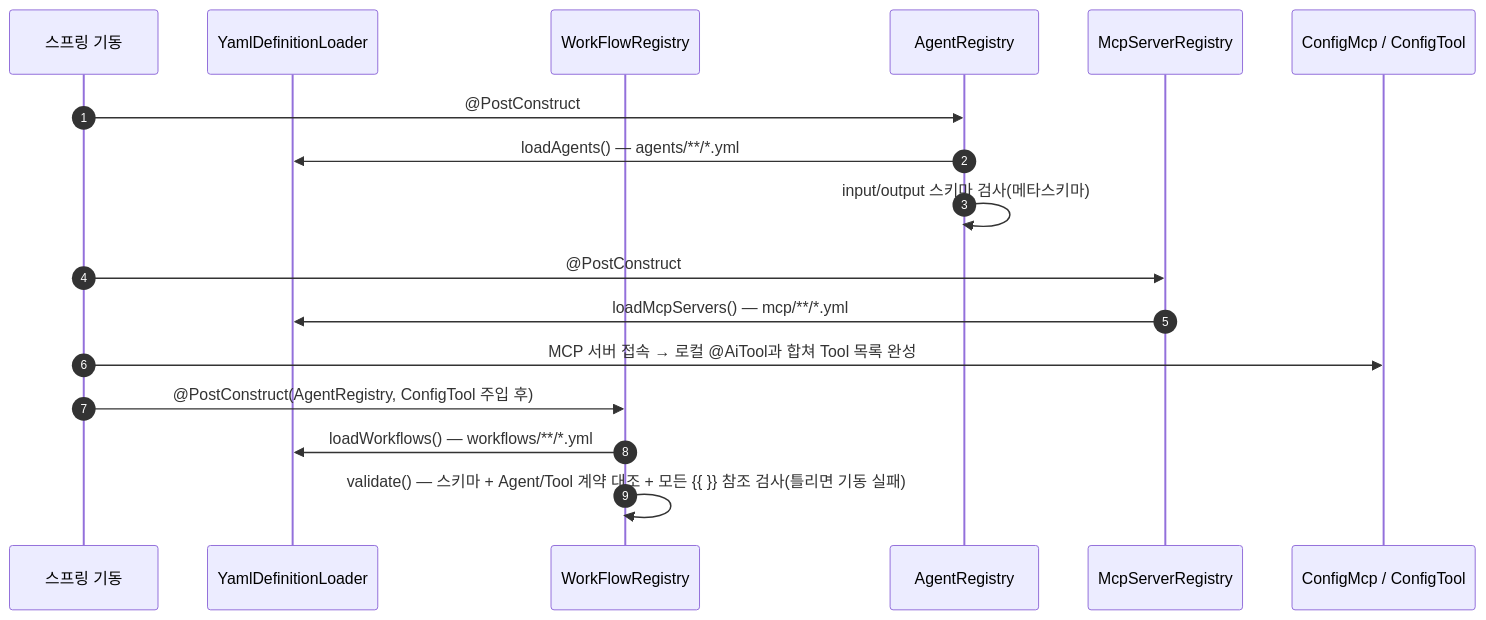
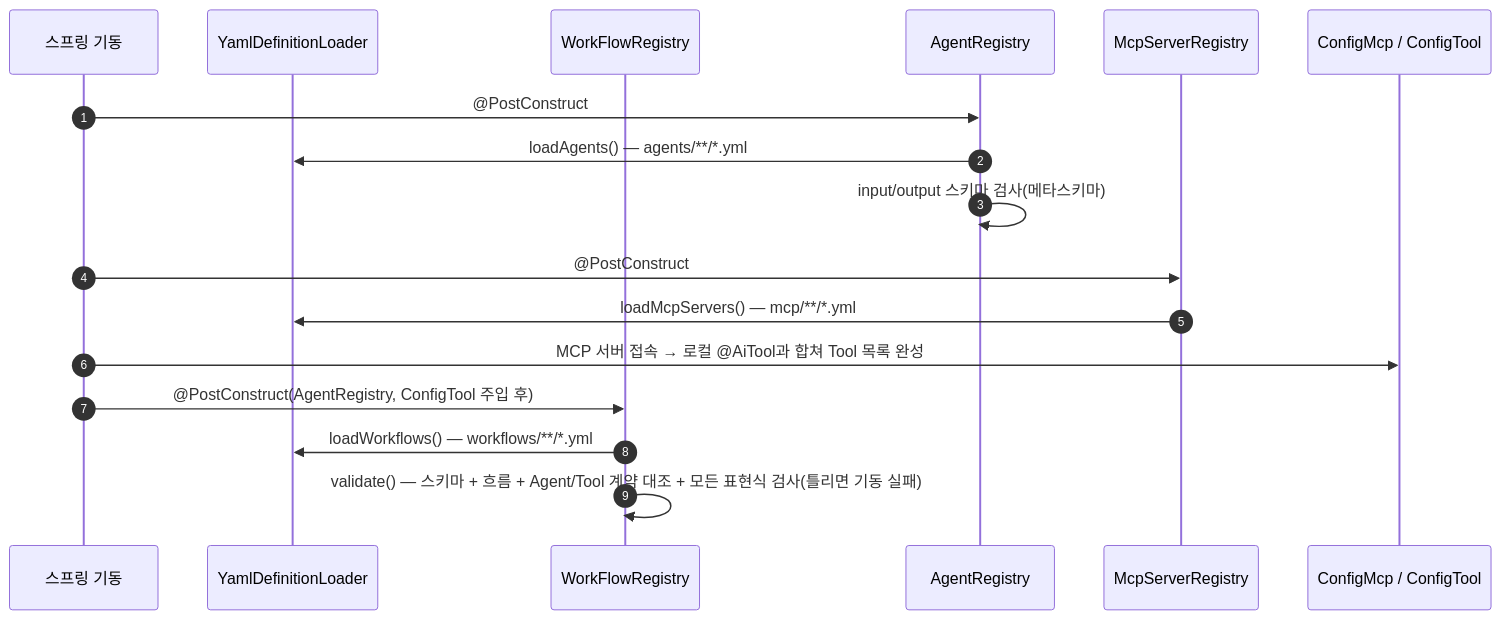
One commit to YongSoekChoeng/dstone changed the second of 9 diagrams in docs/09.dstone-ai-engine.md. Above: the diagram before and after it, drawn with Mermaid. The commit also changed other lines of this file and 49 other files, not shown here.

````diff
--- a/docs/09.dstone-ai-engine.md
+++ b/docs/09.dstone-ai-engine.md
@@ -357,20 +361,20 @@
 ```mermaid
 sequenceDiagram
     autonumber
     participant APP as 스프링 기동
     participant LD as YamlDefinitionLoader
     participant WR as WorkFlowRegistry
     participant AR as AgentRegistry
     participant MR as McpServerRegistry
     participant MC as ConfigMcp / ConfigTool
 
     APP->>AR: @PostConstruct
     AR->>LD: loadAgents() — agents/**/*.yml
     AR->>AR: input/output 스키마 검사(메타스키마)
     APP->>MR: @PostConstruct
     MR->>LD: loadMcpServers() — mcp/**/*.yml
     APP->>MC: MCP 서버 접속 → 로컬 @AiTool과 합쳐 Tool 목록 완성
     APP->>WR: @PostConstruct(AgentRegistry, ConfigTool 주입 후)
     WR->>LD: loadWorkflows() — workflows/**/*.yml
-    WR->>WR: validate() — 스키마 + Agent/Tool 계약 대조 + 모든 {{ }} 참조 검사(틀리면 기동 실패)
+    WR->>WR: validate() — 스키마 + 흐름 + Agent/Tool 계약 대조 + 모든 표현식 검사(틀리면 기동 실패)
 ```
````
